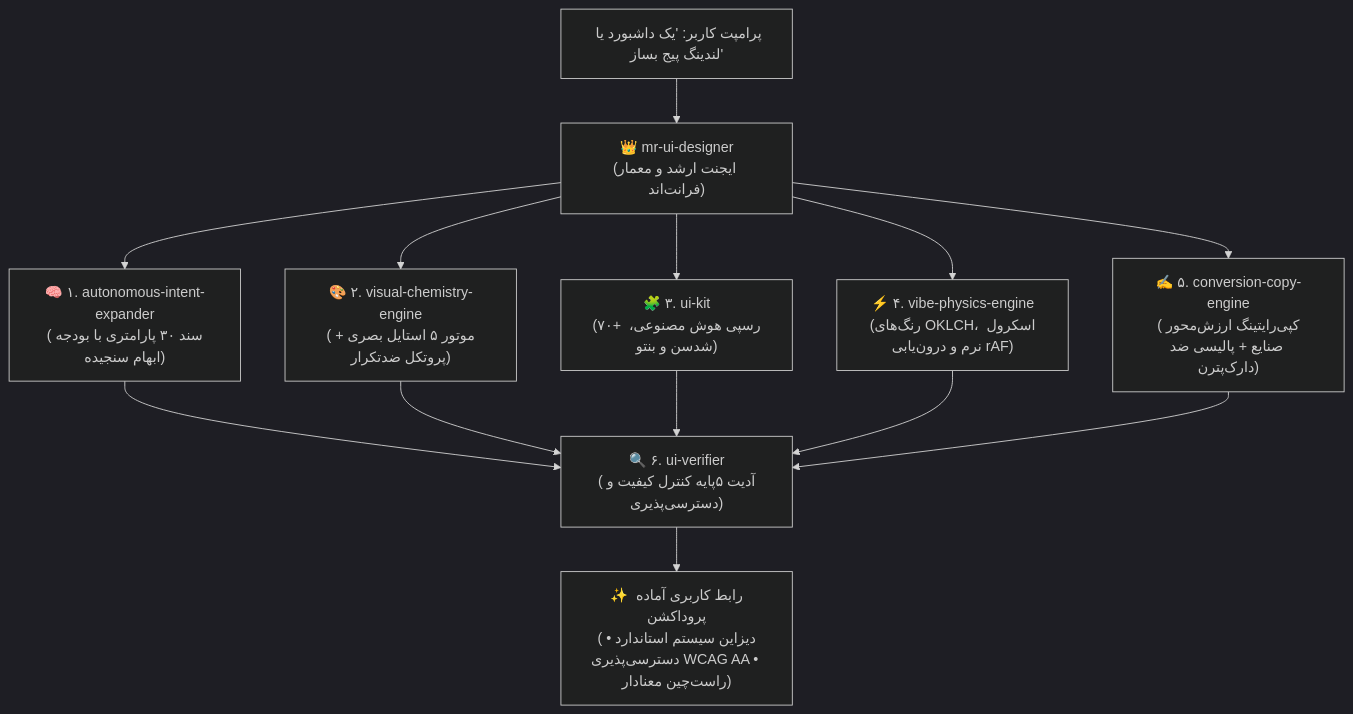
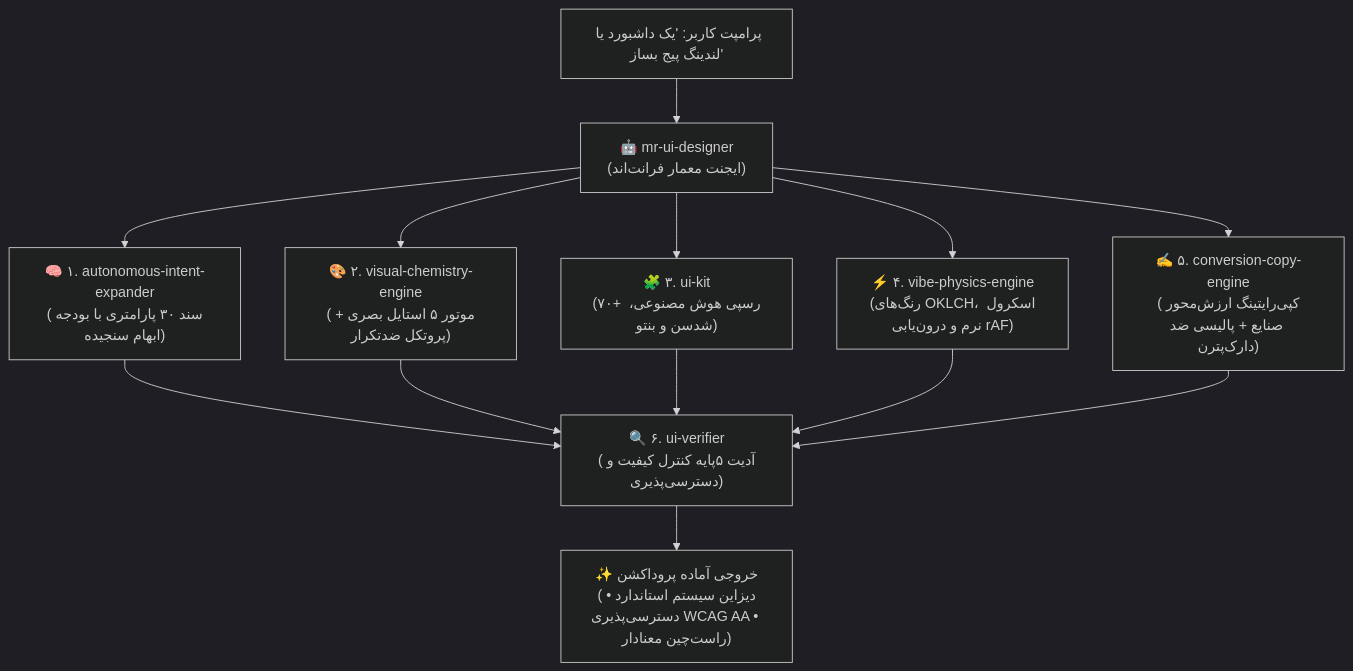
One commit to omid-io/vibe-ui-skills changed the diagram in README.fa.md. Above: the diagram before and after it, drawn with Mermaid (dark theme). The commit also changed other lines of this file and 9 other files, not shown here.

````diff
--- a/README.fa.md
+++ b/README.fa.md
@@ -54,11 +52,11 @@
 ```mermaid
 flowchart TD
-    UserPrompt["پرامپت کاربر: 'یک داشبورد یا لندینگ پیج بساز'"] --> MasterAgent["👑 mr-ui-designer\n(ایجنت ارشد و معمار فرانت‌اند)"]
+    UserPrompt["پرامپت کاربر: 'یک داشبورد یا لندینگ پیج بساز'"] --> MasterAgent["🤖 mr-ui-designer\n(ایجنت معمار فرانت‌اند)"]
     MasterAgent --> Expander["🧠 ۱. autonomous-intent-expander\n(سند ۳۰ پارامتری با بودجه ابهام سنجیده)"]
     MasterAgent --> VisualEngine["🎨 ۲. visual-chemistry-engine\n(موتور ۵ استایل بصری + پروتکل ضدتکرار)"]
     MasterAgent --> UIComponents["🧩 ۳. ui-kit\n(۷۰+ رسپی هوش مصنوعی، شدسن و بنتو)"]
     MasterAgent --> Physics["⚡ ۴. vibe-physics-engine\n(رنگ‌های OKLCH، اسکرول نرم و درون‌یابی rAF)"]
     MasterAgent --> Copy["✍️ ۵. conversion-copy-engine\n(کپی‌رایتینگ ارزش‌محور صنایع + پالیسی ضد دارک‌پترن)"]
     Expander & VisualEngine & UIComponents & Physics & Copy --> Verifier["🔍 ۶. ui-verifier\n(آدیت ۵‌پایه کنترل کیفیت و دسترسی‌پذیری)"]
-    Verifier --> Masterpiece["✨ رابط کاربری آماده پروداکشن\n(دیزاین سیستم استاندارد • دسترسی‌پذیری WCAG AA • راست‌چین معنادار)"]
+    Verifier --> Output["✨ خروجی آماده پروداکشن\n(دیزاین سیستم استاندارد • دسترسی‌پذیری WCAG AA • راست‌چین معنادار)"]
 ```
````
